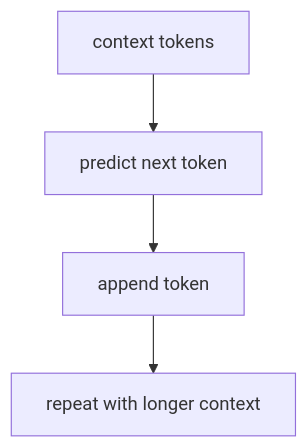
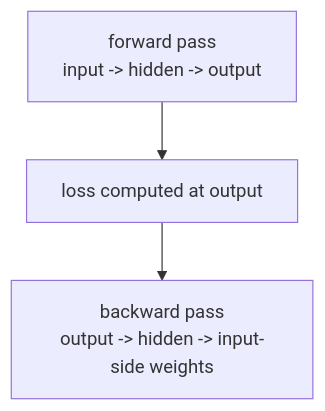
Before and after one commit to devchan64/AiBook: the diagram in docs/parts/part-05/chapter-05/section-01.md, drawn with Mermaid. The commit also changed other lines of this file and 213 other files, not shown here.

````diff
--- a/docs/parts/part-05/chapter-05/section-01.md
+++ b/docs/parts/part-05/chapter-05/section-01.md
@@ -134,11 +79,9 @@
 ```mermaid
 flowchart TD
-  A["context tokens"]
-  B["predict next token"]
-  C["append token"]
-  D["repeat with longer context"]
+  A["forward pass<br/>input -> hidden -> output"]
+  B["loss computed at output"]
+  C["backward pass<br/>output -> hidden -> input-side weights"]
 
   A --> B
   B --> C
-  C --> D
 ```
````
